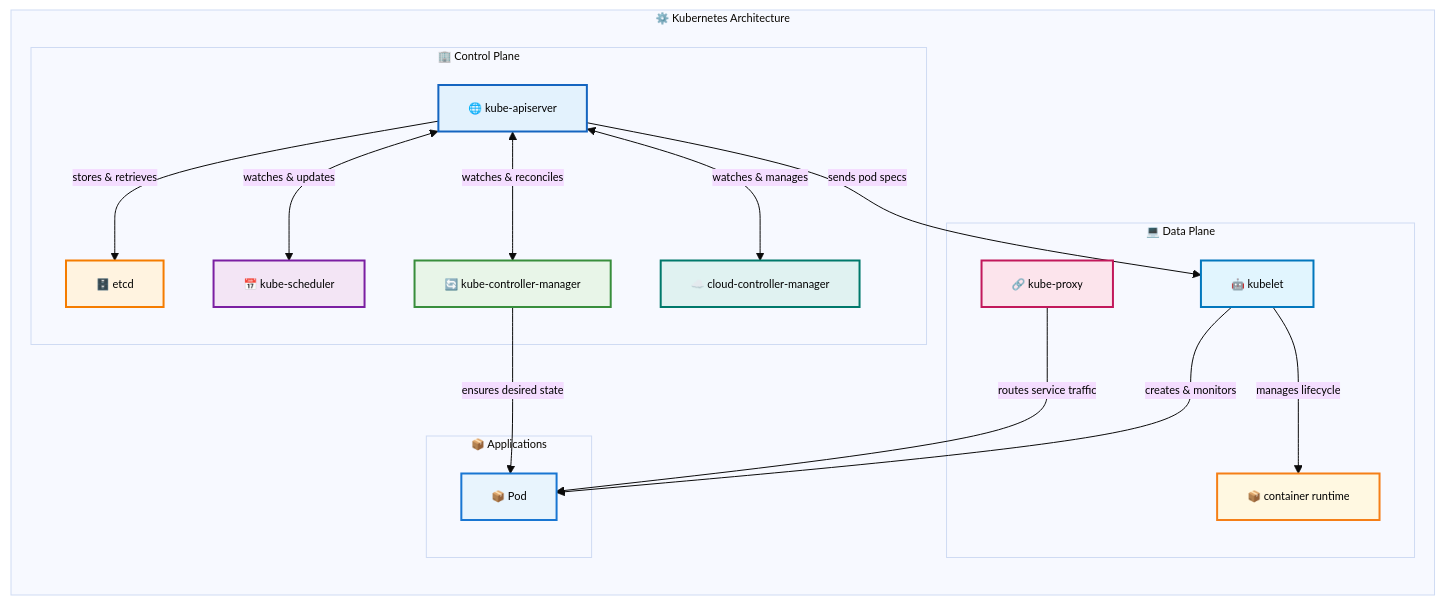
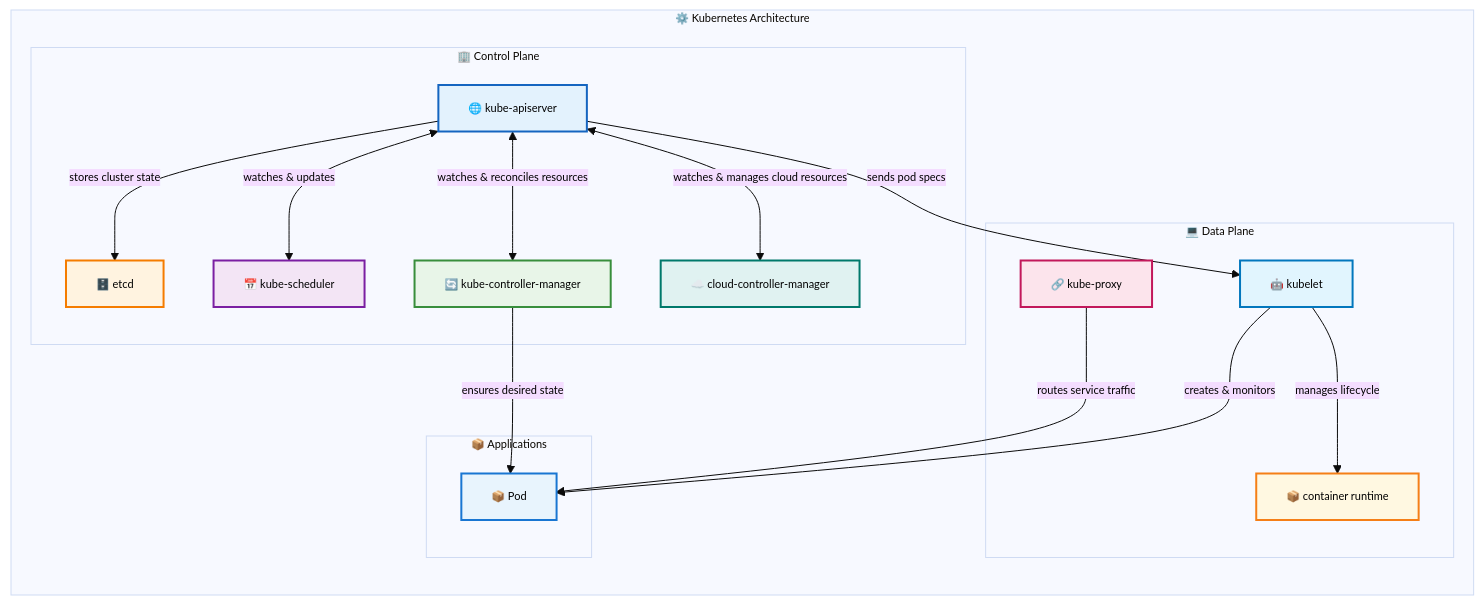
Before and after one commit to razkevich/system_design_course: the diagram in 1.4_distributed_systems/kubernetes_architecture.md, drawn with Mermaid.

Commit message:
exactly once

````diff
--- a/1.4_distributed_systems/kubernetes_architecture.md
+++ b/1.4_distributed_systems/kubernetes_architecture.md
@@ -21,49 +21,49 @@
 ```mermaid
 %%{init: {'theme':'base', 'themeVariables': { 'primaryTextColor': '#000', 'fontSize': '11px'}}}%%
 flowchart LR
     subgraph "⚙️ Kubernetes Architecture"
         
         subgraph CP ["🏢 Control Plane"]
             APIServer["🌐 kube-apiserver"]
             etcd["🗄️ etcd"]
             Scheduler["📅 kube-scheduler"]
             ControllerMgr["🔄 kube-controller-manager"]
             CloudController["☁️ cloud-controller-manager"]
         end
         
         subgraph DP ["💻 Data Plane"]
             Kubelet["🤖 kubelet"]
             KubeProxy["🔗 kube-proxy"]  
             Runtime["📦 container runtime"]
         end
         
         subgraph Apps ["📦 Applications"]
             Pod["📦 Pod"]
         end
         
         %% Internal control plane relationships
-        APIServer -->|"stores & retrieves"| etcd
+        APIServer -->|"stores cluster state"| etcd
         APIServer <-->|"watches & updates"| Scheduler
-        APIServer <-->|"watches & reconciles"| ControllerMgr
-        APIServer <-->|"watches & manages"| CloudController
+        APIServer <-->|"watches & reconciles resources"| ControllerMgr
+        APIServer <-->|"watches & manages cloud resources"| CloudController
         
         %% Internal data plane relationships  
         Kubelet -->|"manages lifecycle"| Runtime
         
         %% Cross-plane interactions
         APIServer -->|"sends pod specs"| Kubelet
         ControllerMgr -->|"ensures desired state"| Pod
         Kubelet -->|"creates & monitors"| Pod
         KubeProxy -->|"routes service traffic"| Pod
     end
     
     style APIServer fill:#e3f2fd,stroke:#1565c0,stroke-width:2px,color:#000
     style etcd fill:#fff3e0,stroke:#f57c00,stroke-width:2px,color:#000
     style Scheduler fill:#f3e5f5,stroke:#7b1fa2,stroke-width:2px,color:#000
     style ControllerMgr fill:#e8f5e8,stroke:#388e3c,stroke-width:2px,color:#000
     style CloudController fill:#e0f2f1,stroke:#00796b,stroke-width:2px,color:#000
     style Kubelet fill:#e1f5fe,stroke:#0277bd,stroke-width:2px,color:#000
     style KubeProxy fill:#fce4ec,stroke:#c2185b,stroke-width:2px,color:#000
     style Runtime fill:#fff8e1,stroke:#f57f17,stroke-width:2px,color:#000
     style Pod fill:#e8f4fd,stroke:#1976d2,stroke-width:2px,color:#000
 ```
````
